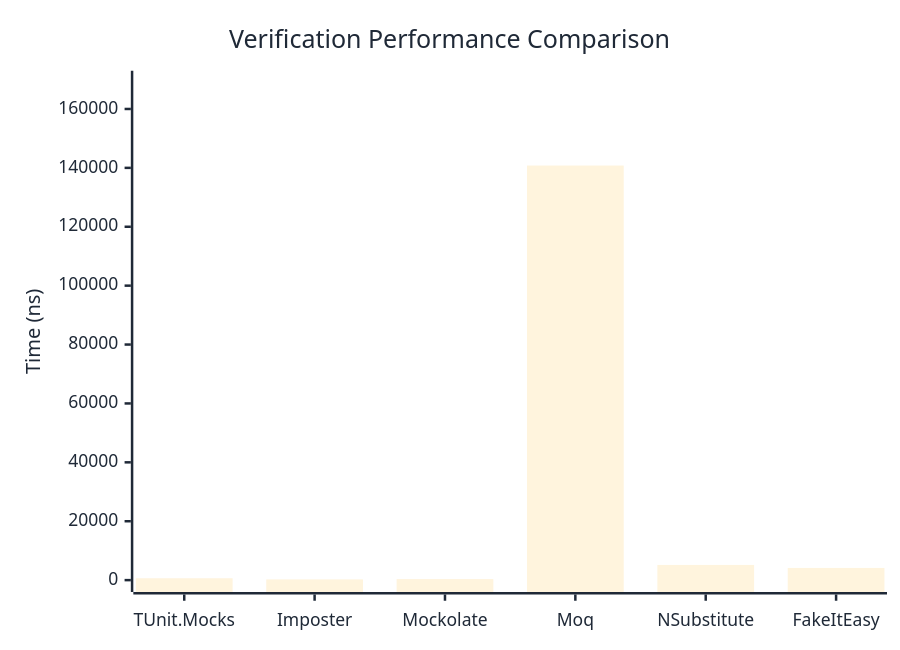
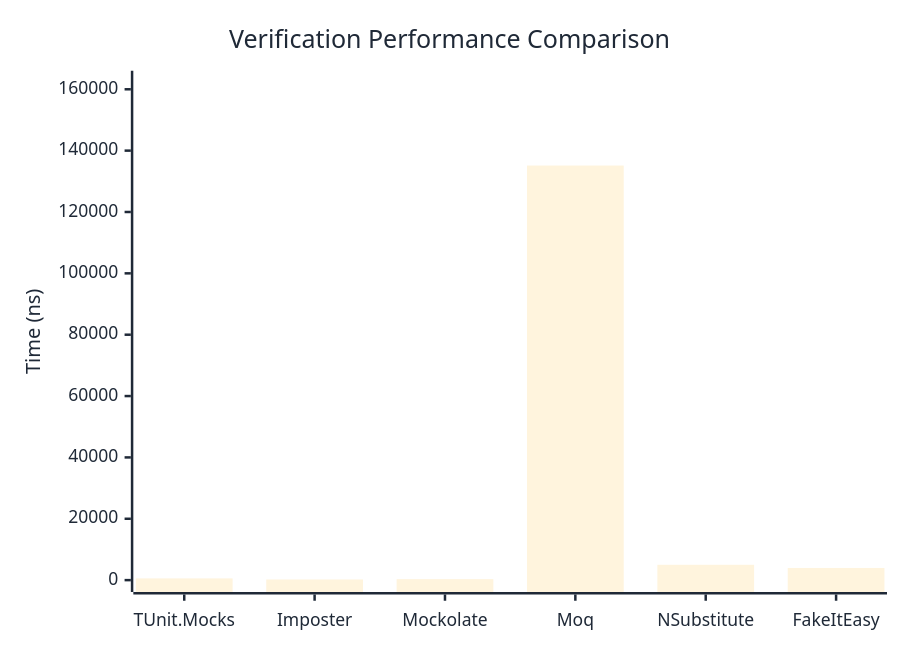
The first of 3 diagrams in docs/docs/benchmarks/mocks/Verification.md (thomhurst/TUnit), drawn with Mermaid before and after one commit. The commit also changed other lines of this file and 14 other files, not shown here.

````diff
--- a/docs/docs/benchmarks/mocks/Verification.md
+++ b/docs/docs/benchmarks/mocks/Verification.md
@@ -30,27 +30,27 @@
 ```mermaid
 %%{init: {
   'theme':'base',
   'themeVariables': {
     'primaryColor': '#2563eb',
     'primaryTextColor': '#1f2937',
     'primaryBorderColor': '#1e40af',
     'lineColor': '#6b7280',
     'secondaryColor': '#7c3aed',
     'tertiaryColor': '#dc2626',
     'background': '#ffffff',
     'pie1': '#2563eb',
     'pie2': '#7c3aed',
     'pie3': '#dc2626',
     'pie4': '#f59e0b',
     'pie5': '#10b981',
     'pie6': '#06b6d4',
     'pie7': '#ec4899',
     'pie8': '#6366f1'
   }
 }}%%
 xychart-beta
   title "Verification Performance Comparison"
   x-axis ["TUnit.Mocks", "Imposter", "Mockolate", "Moq", "NSubstitute", "FakeItEasy"]
-  y-axis "Time (ns)" 0 --> 168945
-  bar [642.56, 245.61, 354.26, 140787.42, 5156.06, 4143.91]
+  y-axis "Time (ns)" 0 --> 162169
+  bar [567.03, 214.73, 320.95, 135140.36, 4999.91, 3966.32]
 ```
````
